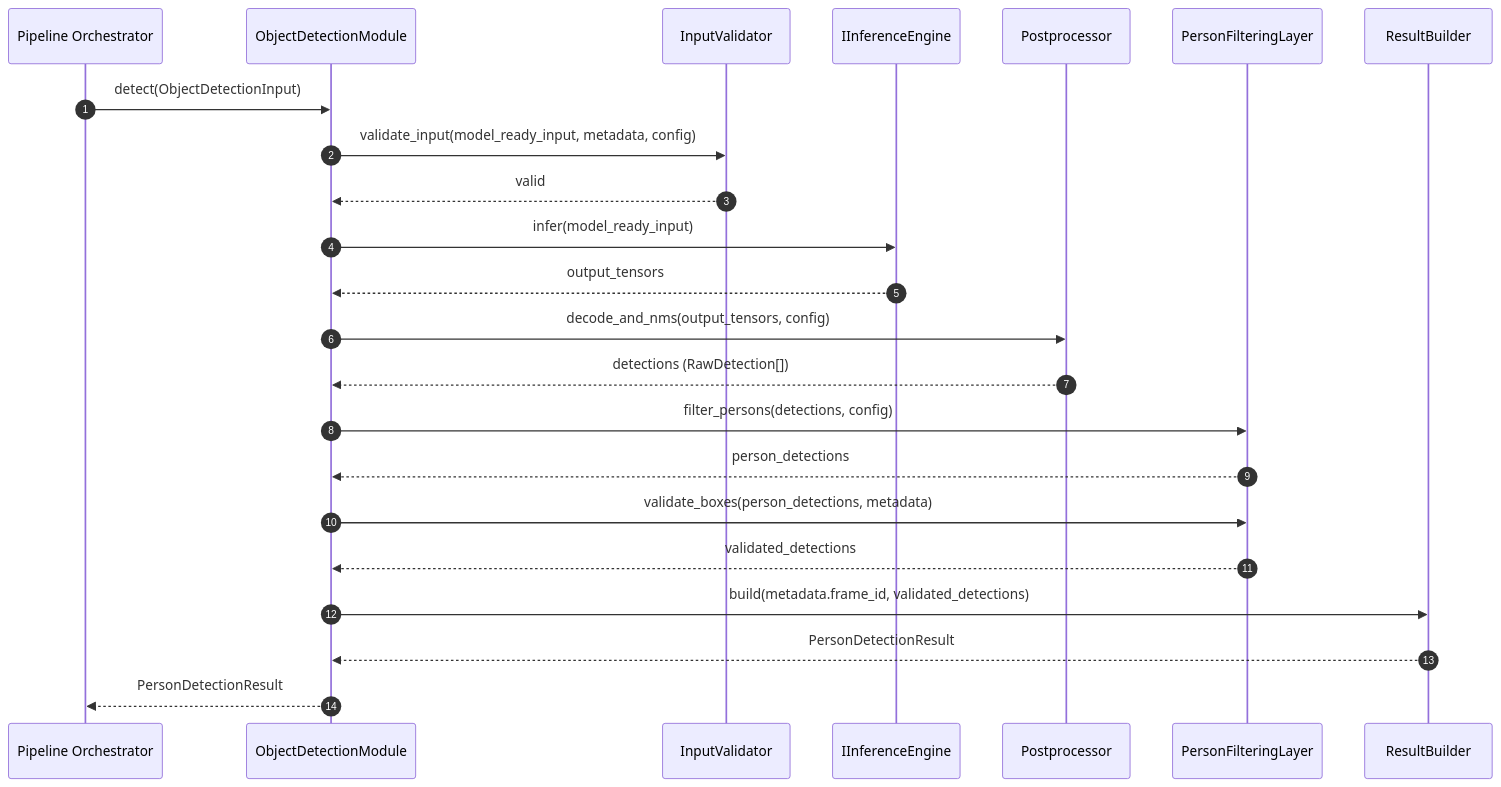
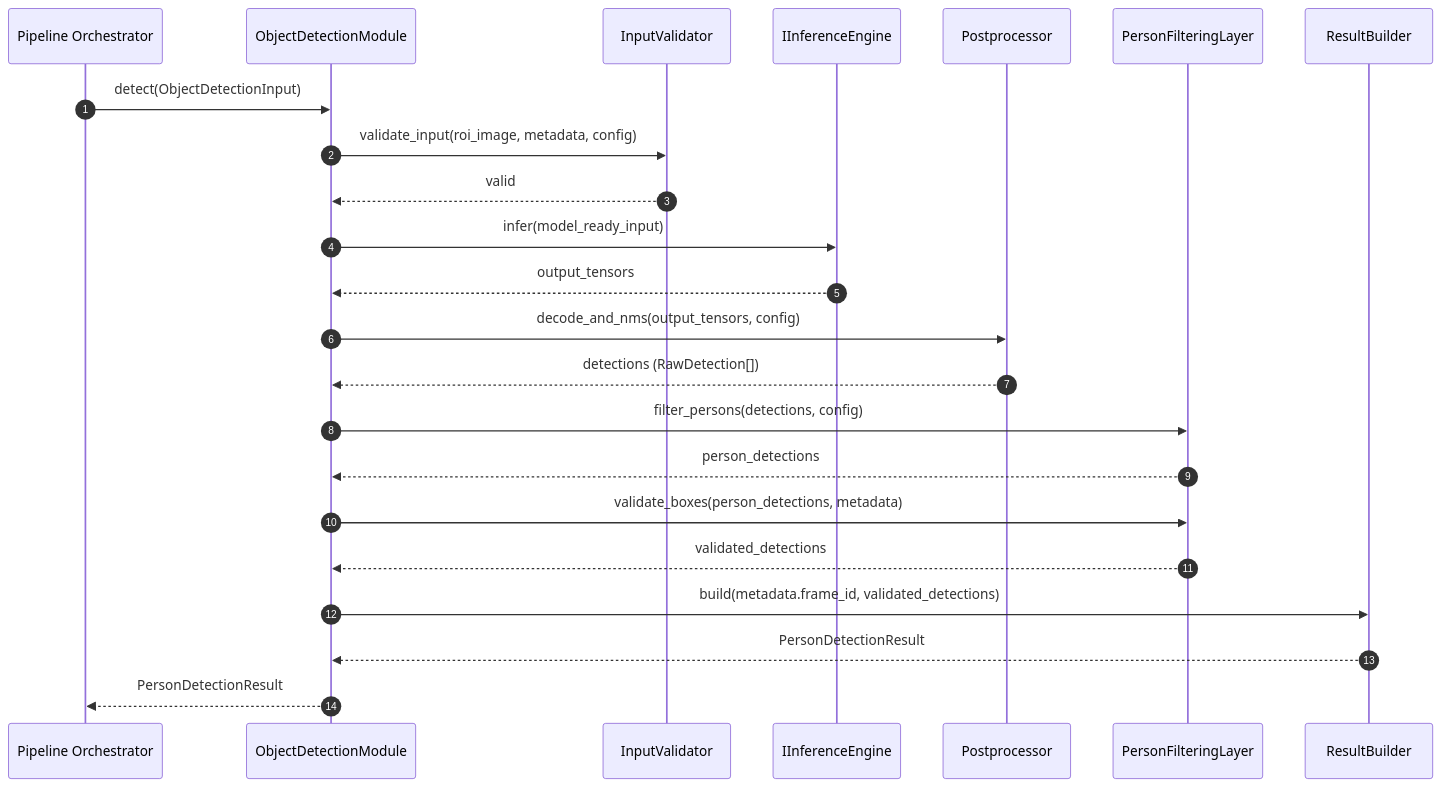
Before and after one commit to talifruman/camera-recognition: the third of 4 diagrams in doc/image_processing_service/object_detection.md, drawn with Mermaid. The commit also changed other lines of this file and 203 other files, not shown here.

````diff
--- a/doc/image_processing_service/object_detection.md
+++ b/doc/image_processing_service/object_detection.md
@@ -350,30 +350,30 @@
 ```mermaid
 sequenceDiagram
     autonumber
     participant Orch as Pipeline Orchestrator
     participant ODM as ObjectDetectionModule
     participant Val as InputValidator
     participant Eng as IInferenceEngine
     participant Post as Postprocessor
     participant Filter as PersonFilteringLayer
     participant Build as ResultBuilder
 
     Orch->>ODM: detect(ObjectDetectionInput)
-    ODM->>Val: validate_input(model_ready_input, metadata, config)
+    ODM->>Val: validate_input(roi_image, metadata, config)
     Val-->>ODM: valid
 
     ODM->>Eng: infer(model_ready_input)
     Eng-->>ODM: output_tensors
 
     ODM->>Post: decode_and_nms(output_tensors, config)
     Post-->>ODM: detections (RawDetection[])
 
     ODM->>Filter: filter_persons(detections, config)
     Filter-->>ODM: person_detections
     ODM->>Filter: validate_boxes(person_detections, metadata)
     Filter-->>ODM: validated_detections
 
     ODM->>Build: build(metadata.frame_id, validated_detections)
     Build-->>ODM: PersonDetectionResult
     ODM-->>Orch: PersonDetectionResult
 ```
````
